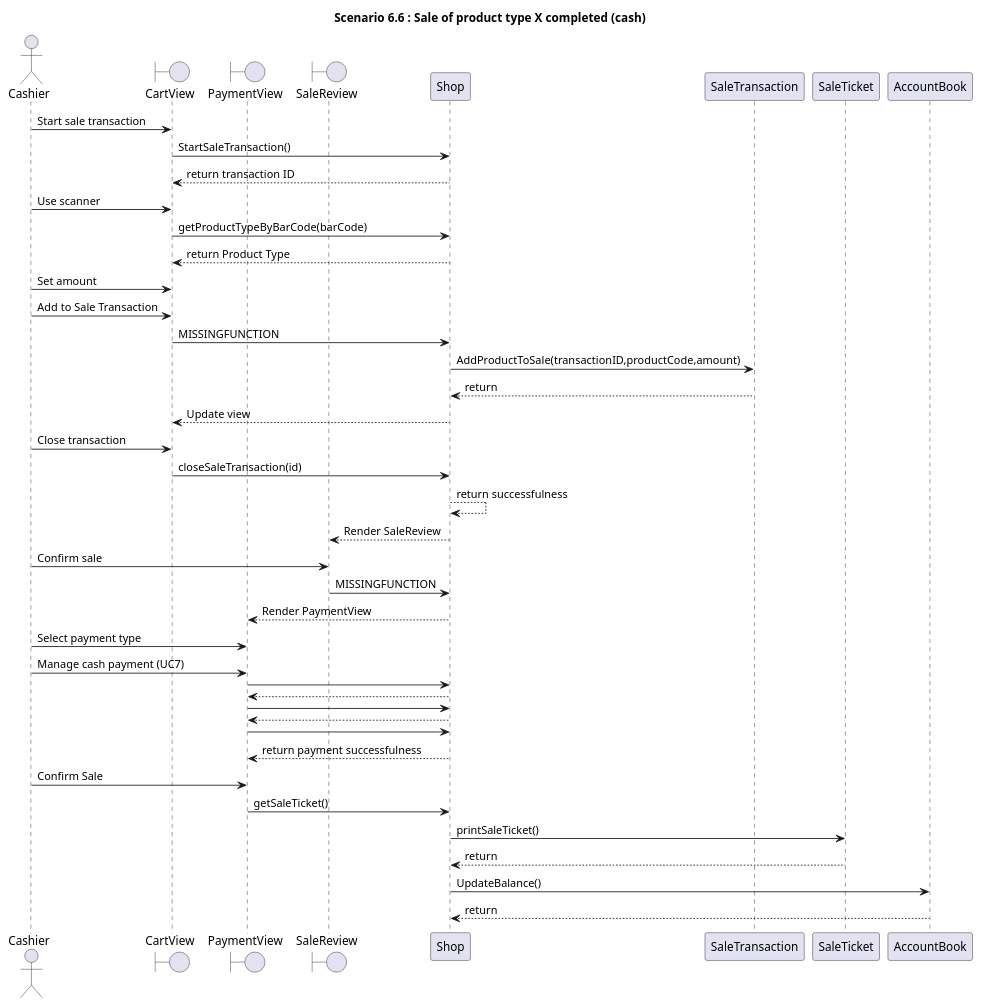
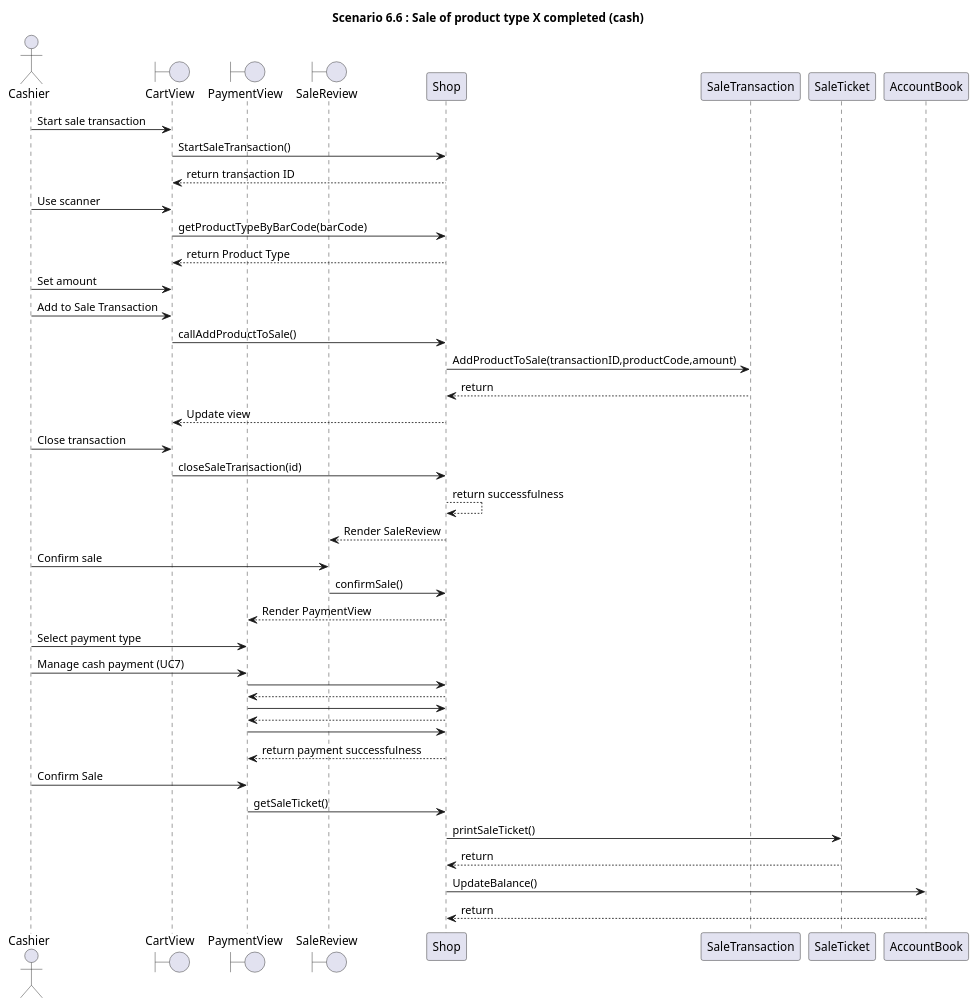
One commit to zitabou/EZShop changed diagram 22 of 31 in Deliverables/DesignDocument.md. Above: the diagram before and after it, drawn with PlantUML. The commit also changed other lines of this file, not shown here.

Commit message:
Adding missing functions for seq diagrams 6.x 7.x

````diff
--- a/Deliverables/DesignDocument.md
+++ b/Deliverables/DesignDocument.md
@@ -808,65 +815,65 @@
 ```plantuml
 
 title
 **Scenario 6.6** : Sale of product type X completed (cash)
 end title
 
 'Actors
 actor Cashier
 'Boundaries
 Boundary CartView
 boundary PaymentView
 boundary SaleReview
 
 ''''
 'Sequence
 '''''
 'Start sale transaction
 Cashier -> CartView: Start sale transaction
 CartView -> Shop: StartSaleTransaction()
 Shop --> CartView: return transaction ID
 Cashier -> CartView: Use scanner
 CartView ->  Shop: getProductTypeByBarCode(barCode) 
 Shop --> CartView: return Product Type
  
 'Set amount and Add product
 Cashier -> CartView: Set amount
 Cashier -> CartView: Add to Sale Transaction
-CartView -> Shop: MISSINGFUNCTION
+CartView -> Shop: callAddProductToSale()
 Shop -> SaleTransaction: AddProductToSale(transactionID,productCode,amount)
 SaleTransaction --> Shop: return
 Shop --> CartView: Update view
 
 'Close transaction
 Cashier -> CartView: Close transaction
 CartView -> Shop: closeSaleTransaction(id)
 Shop --> Shop: return successfulness
 
 'Sell review
 Shop --> SaleReview: Render SaleReview
 Cashier -> SaleReview: Confirm sale
-SaleReview -> Shop: MISSINGFUNCTION
+SaleReview -> Shop: confirmSale()
 'Payment
 Shop --> PaymentView: Render PaymentView
 Cashier -> PaymentView: Select payment type
 
 'Manage cash payment UC7
 Cashier -> PaymentView: Manage cash payment (UC7)
 PaymentView -> Shop :
 Shop --> PaymentView :
 PaymentView -> Shop :
 Shop --> PaymentView :
 PaymentView -> Shop :
 Shop --> PaymentView : return payment successfulness
 
 'Confirm Sale
 Cashier -> PaymentView: Confirm Sale
 PaymentView -> Shop: getSaleTicket()
 'Print ticket
 Shop -> SaleTicket: printSaleTicket()
 SaleTicket --> Shop: return
 'Update balance
 Shop -> AccountBook: UpdateBalance()
 AccountBook --> Shop: return
 
 ```
````
